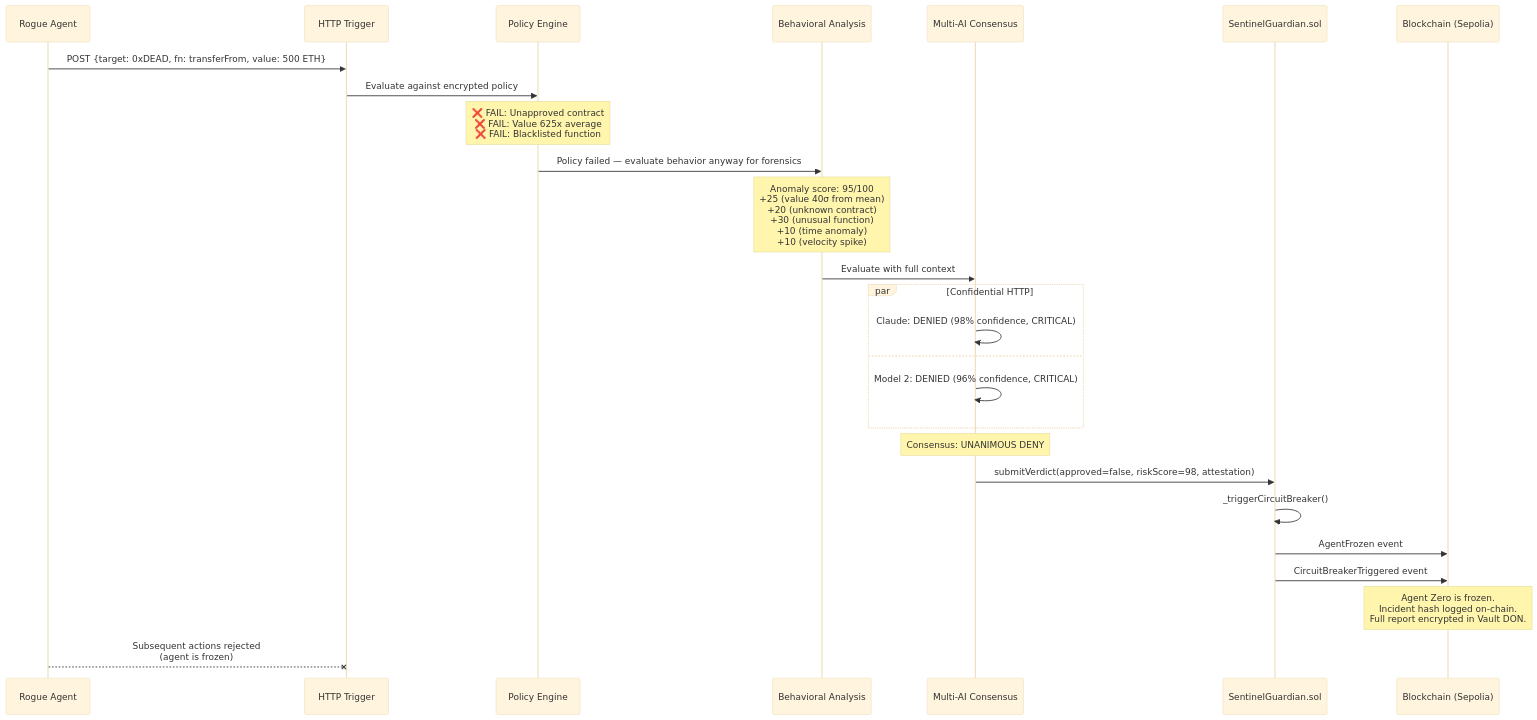
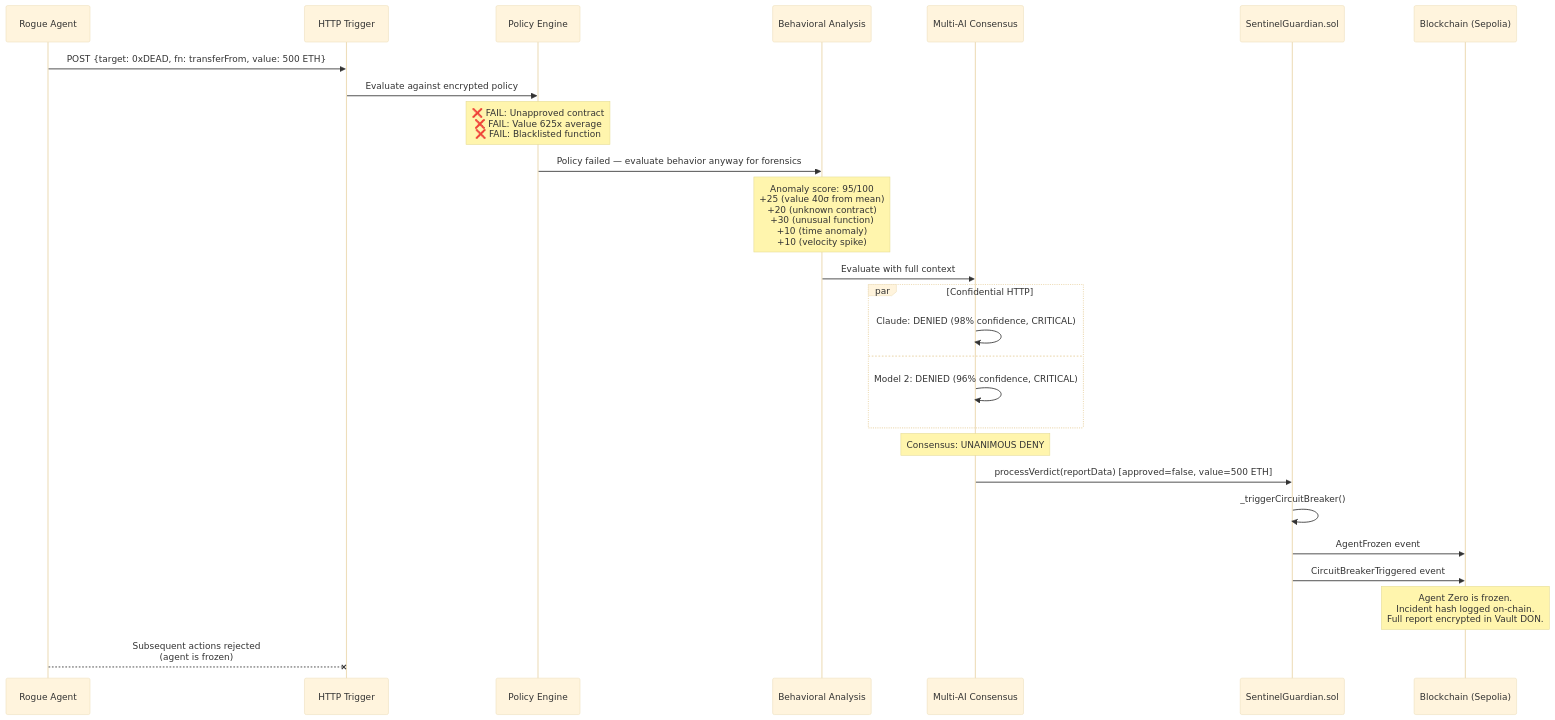
The sixth of 6 diagrams in docs/ARCHITECTURE.md (ProjectWaja/SentinelCRE), drawn with Mermaid (base theme) before and after one commit. The commit also changed other lines of this file and 5 other files, not shown here.

````diff
--- a/docs/ARCHITECTURE.md
+++ b/docs/ARCHITECTURE.md
@@ -230,38 +261,38 @@
 ```mermaid
 sequenceDiagram
     participant RA as Rogue Agent
     participant HT as HTTP Trigger
     participant PE as Policy Engine
     participant BA as Behavioral Analysis
     participant AI as Multi-AI Consensus
     participant SG as SentinelGuardian.sol
     participant BC as Blockchain (Sepolia)
     
     RA->>HT: POST {target: 0xDEAD, fn: transferFrom, value: 500 ETH}
     HT->>PE: Evaluate against encrypted policy
     
     Note over PE: ❌ FAIL: Unapproved contract<br/>❌ FAIL: Value 625x average<br/>❌ FAIL: Blacklisted function
     
     PE->>BA: Policy failed — evaluate behavior anyway for forensics
     
     Note over BA: Anomaly score: 95/100<br/>+25 (value 40σ from mean)<br/>+20 (unknown contract)<br/>+30 (unusual function)<br/>+10 (time anomaly)<br/>+10 (velocity spike)
     
     BA->>AI: Evaluate with full context
     
     par Confidential HTTP
         AI->>AI: Claude: DENIED (98% confidence, CRITICAL)
     and
         AI->>AI: Model 2: DENIED (96% confidence, CRITICAL)
     end
     
     Note over AI: Consensus: UNANIMOUS DENY
     
-    AI->>SG: submitVerdict(approved=false, riskScore=98, attestation)
+    AI->>SG: processVerdict(reportData) [approved=false, value=500 ETH]
     SG->>SG: _triggerCircuitBreaker()
     SG->>BC: AgentFrozen event
     SG->>BC: CircuitBreakerTriggered event
     
     Note over BC: Agent Zero is frozen.<br/>Incident hash logged on-chain.<br/>Full report encrypted in Vault DON.
     
     RA--xHT: Subsequent actions rejected<br/>(agent is frozen)
 ```
````
